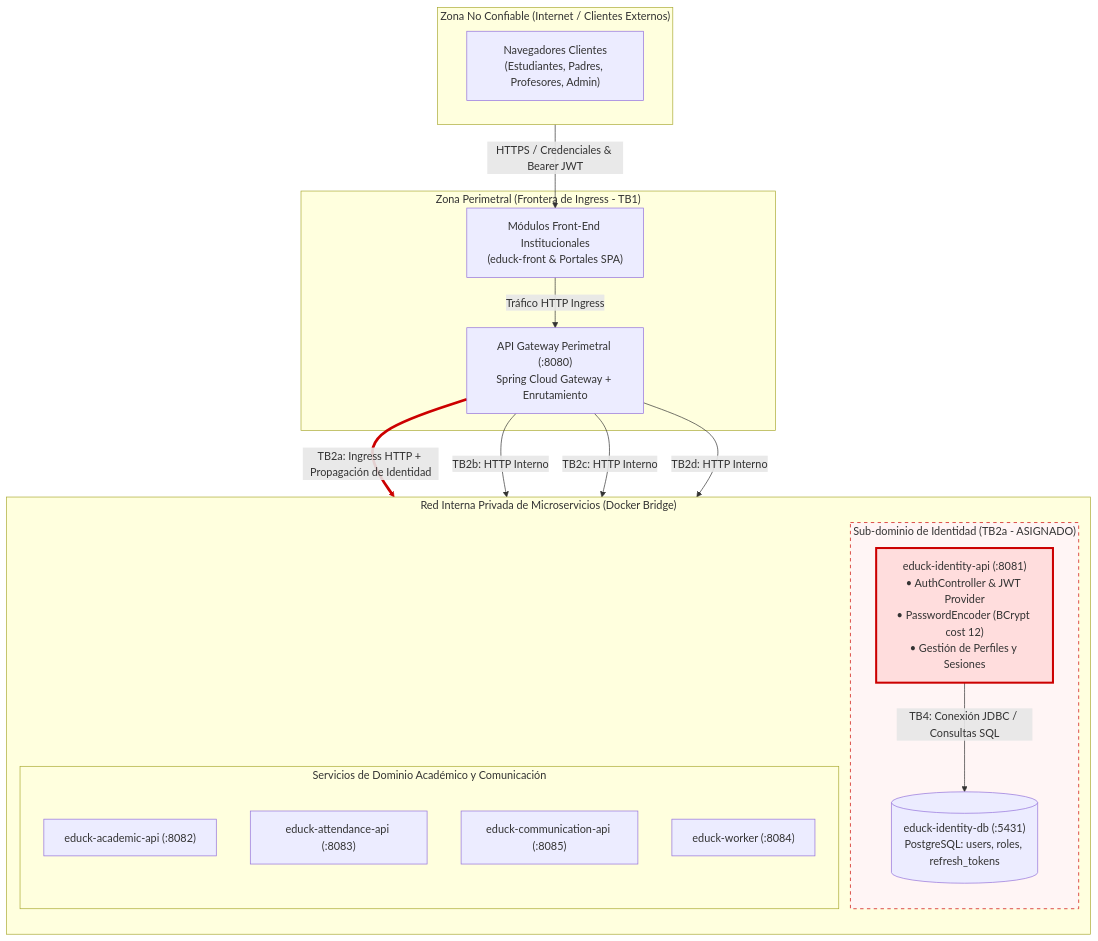
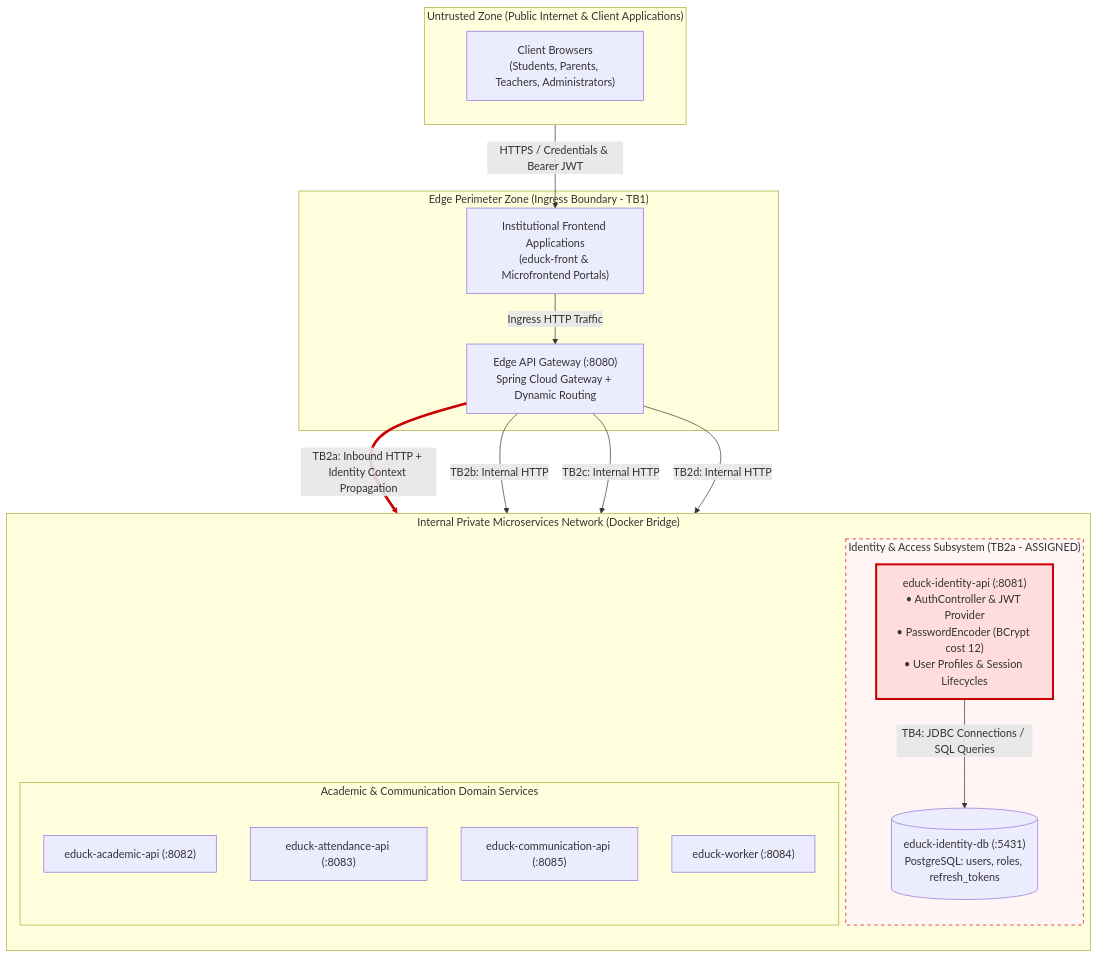
The diagram in 13-week/workshop/01-attack-surface.md (stephanvargas/sistemas-distribuidos-2026-b-g1), drawn with Mermaid before and after one commit. The commit also changed other lines of this file and 2 other files, not shown here.

````diff
--- a/13-week/workshop/01-attack-surface.md
+++ b/13-week/workshop/01-attack-surface.md
@@ -13,42 +13,42 @@
 ```mermaid
 flowchart TD
-  subgraph EXTERNAL["Zona No Confiable (Internet / Clientes Externos)"]
+  subgraph EXTERNAL["Untrusted Zone (Public Internet & Client Applications)"]
     direction LR
-    CLI_APP["Navegadores Clientes<br/>(Estudiantes, Padres, Profesores, Admin)"]
+    CLI_APP["Client Browsers<br/>(Students, Parents, Teachers, Administrators)"]
   end
 
-  subgraph DMZ["Zona Perimetral (Frontera de Ingress - TB1)"]
-    PORTAL["Módulos Front-End Institucionales<br/>(educk-front & Portales SPA)"]
-    GATEWAY["API Gateway Perimetral (:8080)<br/>Spring Cloud Gateway + Enrutamiento"]
+  subgraph DMZ["Edge Perimeter Zone (Ingress Boundary - TB1)"]
+    PORTAL["Institutional Frontend Applications<br/>(educk-front & Microfrontend Portals)"]
+    GATEWAY["Edge API Gateway (:8080)<br/>Spring Cloud Gateway + Dynamic Routing"]
   end
 
-  subgraph INTERNAL_CORE["Red Interna Privada de Microservicios (Docker Bridge)"]
+  subgraph INTERNAL_CORE["Internal Private Microservices Network (Docker Bridge)"]
     direction TB
     
-    subgraph IDENTITY_SUBSYSTEM["Sub-dominio de Identidad (TB2a - ASIGNADO)"]
-      AUTH_API["educk-identity-api (:8081)<br/>• AuthController & JWT Provider<br/>• PasswordEncoder (BCrypt cost 12)<br/>• Gestión de Perfiles y Sesiones"]
+    subgraph IDENTITY_SUBSYSTEM["Identity & Access Subsystem (TB2a - ASSIGNED)"]
+      AUTH_API["educk-identity-api (:8081)<br/>• AuthController & JWT Provider<br/>• PasswordEncoder (BCrypt cost 12)<br/>• User Profiles & Session Lifecycles"]
       AUTH_DB[("educk-identity-db (:5431)<br/>PostgreSQL: users, roles, refresh_tokens")]
     end
 
-    subgraph DOMAIN_SERVICES["Servicios de Dominio Académico y Comunicación"]
+    subgraph DOMAIN_SERVICES["Academic & Communication Domain Services"]
       ACADEMIC["educk-academic-api (:8082)"]
       ATTENDANCE["educk-attendance-api (:8083)"]
       COMMS["educk-communication-api (:8085)"]
       WORKER["educk-worker (:8084)"]
     end
   end
 
-  CLI_APP -->|HTTPS / Credenciales & Bearer JWT| PORTAL
-  PORTAL -->|Tráfico HTTP Ingress| GATEWAY
+  CLI_APP -->|HTTPS / Credentials & Bearer JWT| PORTAL
+  PORTAL -->|Ingress HTTP Traffic| GATEWAY
 
-  GATEWAY ==>|TB2a: Ingress HTTP + Propagación de Identidad| AUTH_API
-  GATEWAY -->|TB2b: HTTP Interno| COMMS
-  GATEWAY -->|TB2c: HTTP Interno| ACADEMIC
-  GATEWAY -->|TB2d: HTTP Interno| ATTENDANCE
+  GATEWAY ==>|TB2a: Inbound HTTP + Identity Context Propagation| AUTH_API
+  GATEWAY -->|TB2b: Internal HTTP| COMMS
+  GATEWAY -->|TB2c: Internal HTTP| ACADEMIC
+  GATEWAY -->|TB2d: Internal HTTP| ATTENDANCE
 
-  AUTH_API -->|TB4: Conexión JDBC / Consultas SQL| AUTH_DB
+  AUTH_API -->|TB4: JDBC Connections / SQL Queries| AUTH_DB
 
   style AUTH_API fill:#ffdddd,stroke:#cc0000,stroke-width:3px
   style IDENTITY_SUBSYSTEM fill:#fff5f5,stroke:#cc0000,stroke-dasharray: 5 5
   linkStyle 2 stroke:#cc0000,stroke-width:4px
 ```
````
